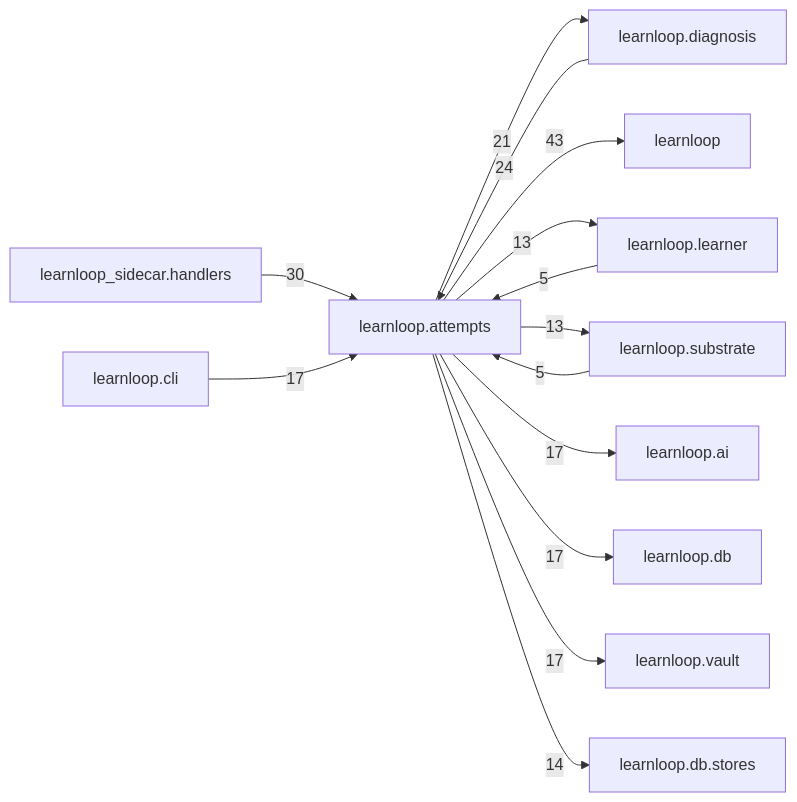
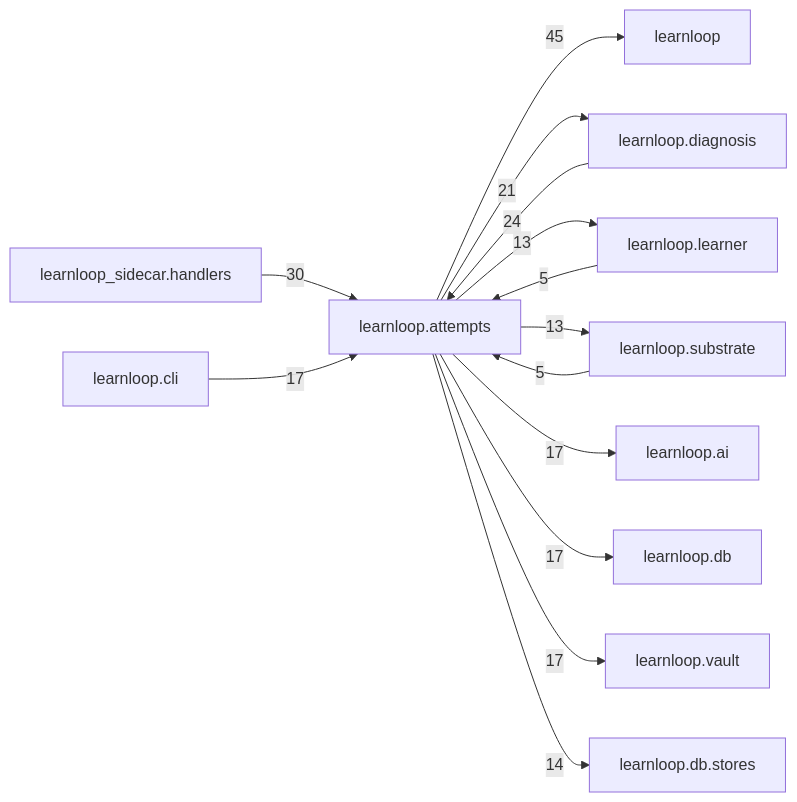
One commit to 6up-b/learnanything changed the diagram in docs/learnloop-architecture-vault/Reference/Modules/learnloop/attempts/_package.md. Above: the diagram before and after it, drawn with Mermaid. The commit also changed other lines of this file and 112 other files, not shown here.

````diff
--- a/docs/learnloop-architecture-vault/Reference/Modules/learnloop/attempts/_package.md
+++ b/docs/learnloop-architecture-vault/Reference/Modules/learnloop/attempts/_package.md
@@ -168,27 +170,27 @@
 ```mermaid
 flowchart LR
     center["learnloop.attempts"]
+    n_learnloop["learnloop"]
     n_learnloop_diagnosis["learnloop.diagnosis"]
-    n_learnloop["learnloop"]
     n_learnloop_sidecar_handlers["learnloop_sidecar.handlers"]
     n_learnloop_learner["learnloop.learner"]
     n_learnloop_substrate["learnloop.substrate"]
     n_learnloop_ai["learnloop.ai"]
     n_learnloop_cli["learnloop.cli"]
     n_learnloop_db["learnloop.db"]
     n_learnloop_vault["learnloop.vault"]
     n_learnloop_db_stores["learnloop.db.stores"]
+    center -->|45| n_learnloop
     n_learnloop_diagnosis -->|24| center
     center -->|21| n_learnloop_diagnosis
-    center -->|43| n_learnloop
     n_learnloop_sidecar_handlers -->|30| center
     n_learnloop_learner -->|5| center
     center -->|13| n_learnloop_learner
     n_learnloop_substrate -->|5| center
     center -->|13| n_learnloop_substrate
     center -->|17| n_learnloop_ai
     n_learnloop_cli -->|17| center
     center -->|17| n_learnloop_db
     center -->|17| n_learnloop_vault
     center -->|14| n_learnloop_db_stores
 ```
````
